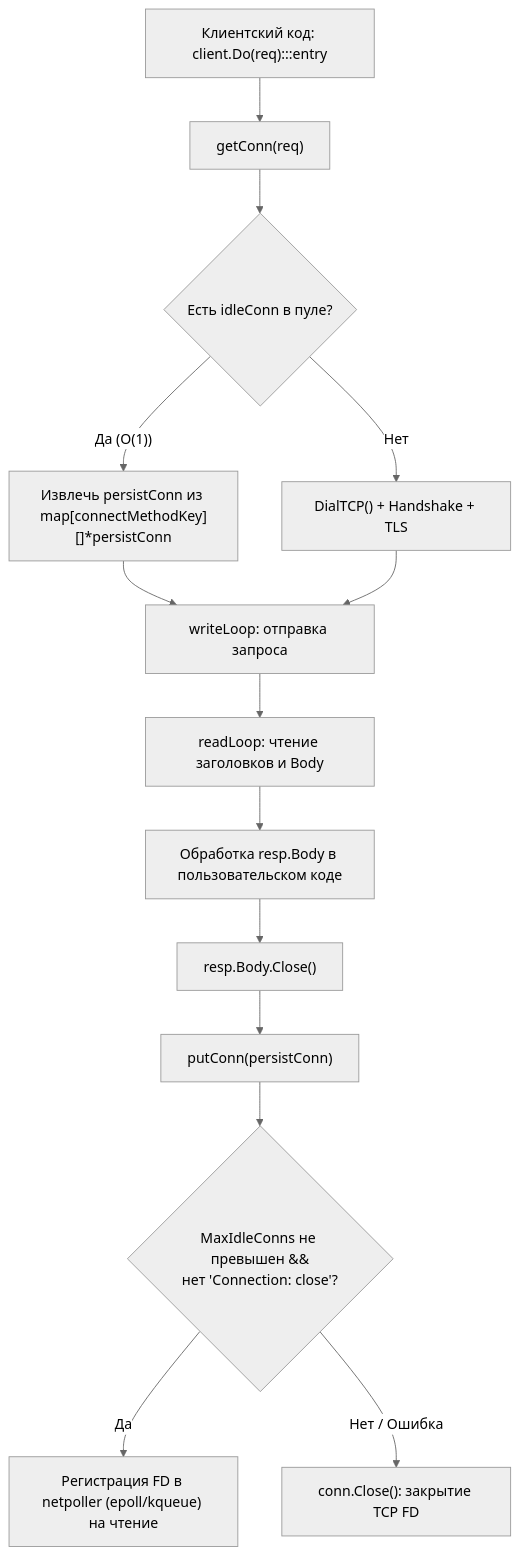
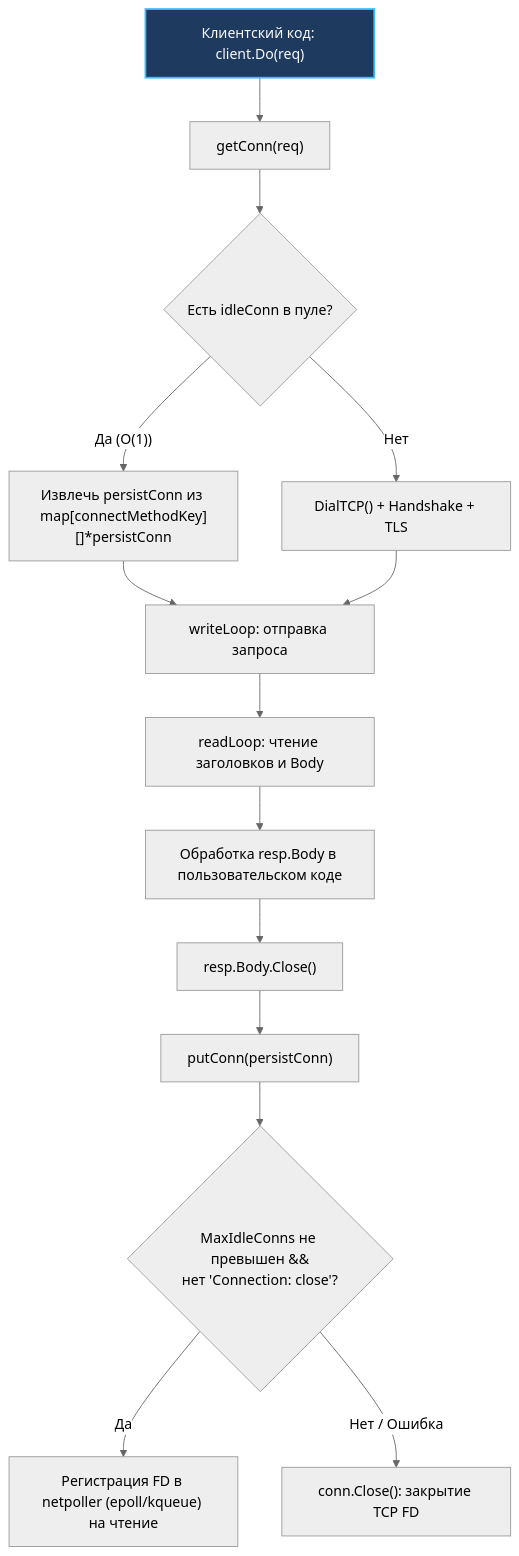
Before and after one commit to UnrealTemplier/go-textbook-ru: the second of 5 diagrams in sources/3. Компьютерные сети и сетевой стек/21. HTTP 1.1 под капотом. Keep Alive, Chunked Encoding, Pipelining.md, drawn with Mermaid (neutral theme). The commit also changed 166 other files, not shown here.

First line of the commit message:
fix(mermaid): move :::class out of quoted node labels

````diff
--- a/sources/3. Компьютерные сети и сетевой стек/21. HTTP 1.1 под капотом. Keep Alive, Chunked Encoding, Pipelining.md
+++ b/sources/3. Компьютерные сети и сетевой стек/21. HTTP 1.1 под капотом. Keep Alive, Chunked Encoding, Pipelining.md
@@ -70,31 +70,31 @@
 ```mermaid
 flowchart TD
     classDef process  fill:#1e293b,stroke:#38bdf8,stroke-width:1px,color:#f8fafc
     classDef success  fill:#064e3b,stroke:#34d399,stroke-width:1px,color:#f8fafc
     classDef error    fill:#7f1d1d,stroke:#f87171,stroke-width:1px,color:#f8fafc
     classDef warning  fill:#78350f,stroke:#fbbf24,stroke-width:1px,color:#f8fafc
     classDef entry    fill:#1e3a5f,stroke:#38bdf8,stroke-width:2px,color:#f8fafc
     classDef aux      fill:#334155,stroke:#64748b,stroke-width:1px,color:#f8fafc
     classDef system   fill:#312e81,stroke:#a78bfa,stroke-width:1px,color:#f8fafc
     classDef data     fill:#132d29,stroke:#2dd4bf,stroke-width:1px,color:#f8fafc
     classDef network  fill:#881337,stroke:#fb7185,stroke-width:1px,color:#f8fafc
     classDef accent   fill:#1e1b4b,stroke:#818cf8,stroke-width:1px,color:#f8fafc
-    Client["Клиентский код: client.Do(req):::entry"] --> GetConn["getConn(req)"]
+    Client["Клиентский код: client.Do(req)"]:::entry --> GetConn["getConn(req)"]
     GetConn --> CheckPool{"Есть idleConn в пуле?"}
     
     CheckPool -- "Да (O(1))" --> ReuseConn["Извлечь persistConn из map[connectMethodKey][]*persistConn"]
     CheckPool -- "Нет" --> DialNew["DialTCP() + Handshake + TLS"]
     
     ReuseConn --> WriteData["writeLoop: отправка запроса"]
     DialNew --> WriteData
     
     WriteData --> ReadResp["readLoop: чтение заголовков и Body"]
     ReadResp --> UserCode["Обработка resp.Body в пользовательском коде"]
     UserCode --> CloseBody["resp.Body.Close()"]
     
     CloseBody --> PutConn["putConn(persistConn)"]
     PutConn --> CheckConditions{"MaxIdleConns не превышен &&<br/>нет 'Connection: close'?"}
     
     CheckConditions -- "Да" --> NetpollerWait["Регистрация FD в netpoller (epoll/kqueue) на чтение"]
     CheckConditions -- "Нет / Ошибка" --> CloseFD["conn.Close(): закрытие TCP FD"]
 ```
````
